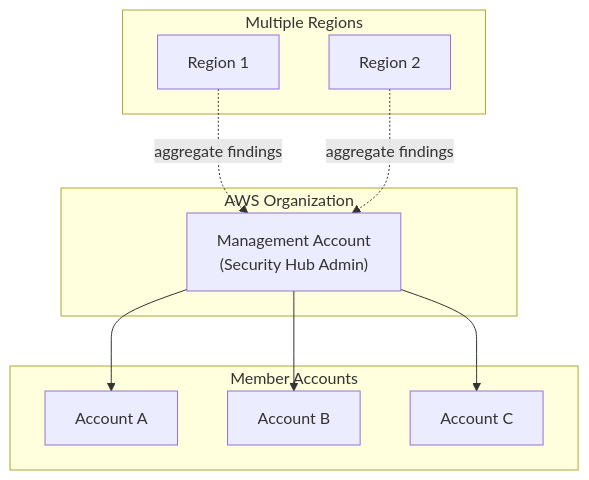
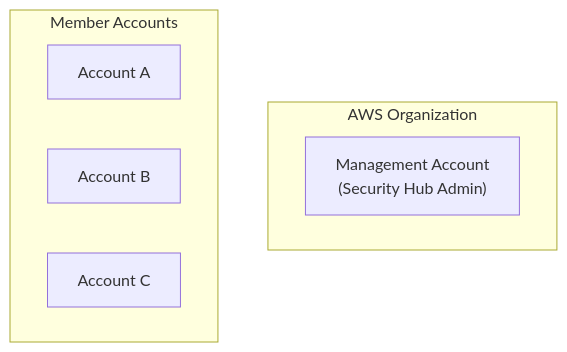
One commit to Root-Shells/aws_scs_udemy changed the second of 6 diagrams in domain_1_detection/security_hub.md. Above: the diagram before and after it, drawn with Mermaid. The commit also changed 6 other files, not shown here.

Commit message:
Update AGENTS.md with Mermaid newline rules and fix existing diagrams

````diff
--- a/domain_1_detection/security_hub.md
+++ b/domain_1_detection/security_hub.md
@@ -49,24 +49,12 @@
 ```mermaid
 flowchart TB
-    subgraph Org ["AWS Organization"]
-        Admin["Management Account\n(Security Hub Admin)"]
+    subgraph Org [AWS Organization]
+        Admin["Management Account<br>(Security Hub Admin)"]
     end
     
-    subgraph Accounts ["Member Accounts"]
+    subgraph Accounts [Member Accounts]
         A1["Account A"]
         A2["Account B"]
         A3["Account C"]
     end
-    
-    subgraph Regions ["Multiple Regions"]
-        R1["Region 1"]
-        R2["Region 2"]
-    end
-    
-    Admin --> A1
-    Admin --> A2
-    Admin --> A3
-    
-    R1 -.->|"aggregate findings"| Admin
-    R2 -.->|"aggregate findings"| Admin
 ```
````
